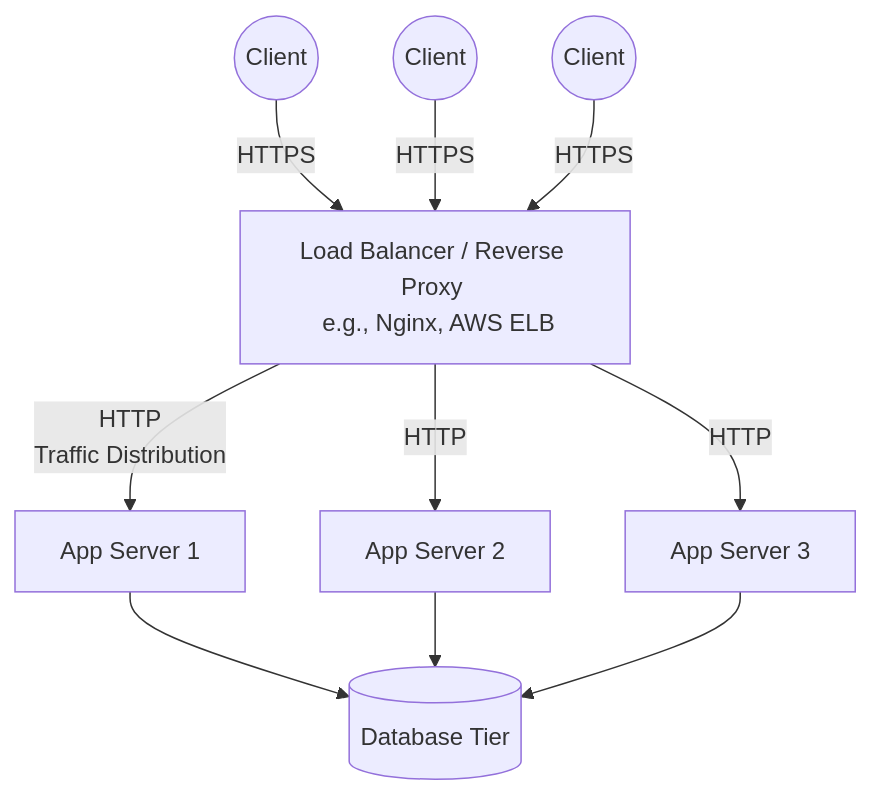
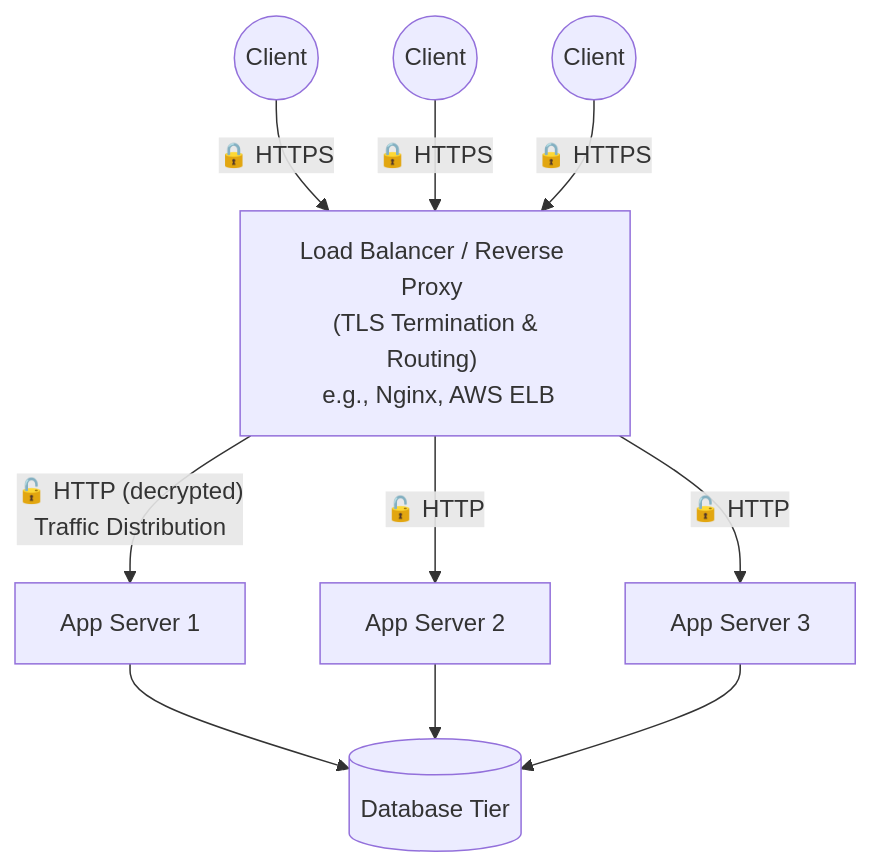
One commit to Solanki-rudra/system-design changed the third of 3 diagrams in fundamentals/load-balancing.md. Above: the diagram before and after it, drawn with Mermaid. The commit also changed other lines of this file and 3 other files, not shown here.

````diff
--- a/fundamentals/load-balancing.md
+++ b/fundamentals/load-balancing.md
@@ -40,26 +105,26 @@
 ```mermaid
 graph TD
     Client1((Client))
     Client2((Client))
     Client3((Client))
 
-    LB[Load Balancer / Reverse Proxy <br/> e.g., Nginx, AWS ELB]
+    LB["Load Balancer / Reverse Proxy <br/> (TLS Termination & Routing) <br/> e.g., Nginx, AWS ELB"]
 
     S1[App Server 1]
     S2[App Server 2]
     S3[App Server 3]
     
     DB[(Database Tier)]
 
-    Client1 -->|HTTPS| LB
-    Client2 -->|HTTPS| LB
-    Client3 -->|HTTPS| LB
+    Client1 -->|"🔒 HTTPS"| LB
+    Client2 -->|"🔒 HTTPS"| LB
+    Client3 -->|"🔒 HTTPS"| LB
 
-    LB -->|HTTP <br/> Traffic Distribution| S1
-    LB -->|HTTP| S2
-    LB -->|HTTP| S3
+    LB -->|"🔓 HTTP (decrypted) <br/> Traffic Distribution"| S1
+    LB -->|"🔓 HTTP"| S2
+    LB -->|"🔓 HTTP"| S3
     
     S1 --> DB
     S2 --> DB
     S3 --> DB
 ```
````
